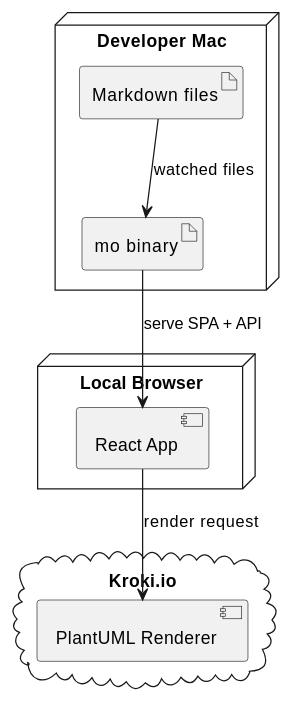
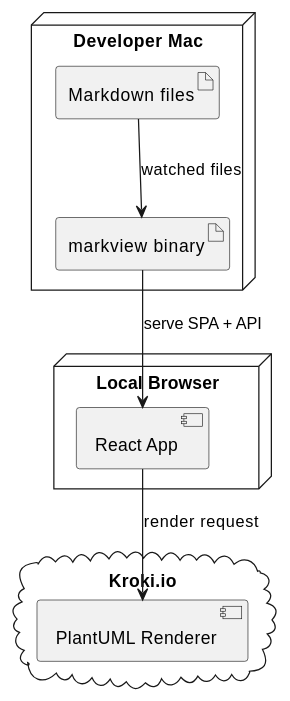
One commit to kooksee/markview changed the sixth of 8 diagrams in testdata/plantuml-complete.md. Above: the diagram before and after it, drawn with PlantUML. The commit also changed other lines of this file and 116 other files, not shown here.

````diff
--- a/testdata/plantuml-complete.md
+++ b/testdata/plantuml-complete.md
@@ -157,20 +157,20 @@
 ```puml
 @startuml
 node "Developer Mac" {
-  artifact "mo binary"
+  artifact "markview binary"
   artifact "Markdown files"
 }
 
 node "Local Browser" {
   component "React App"
 }
 
 cloud "Kroki.io" {
   component "PlantUML Renderer"
 }
 
-"mo binary" --> "React App" : serve SPA + API
+"markview binary" --> "React App" : serve SPA + API
 "React App" --> "PlantUML Renderer" : render request
-"Markdown files" --> "mo binary" : watched files
+"Markdown files" --> "markview binary" : watched files
 @enduml
 ```
````
